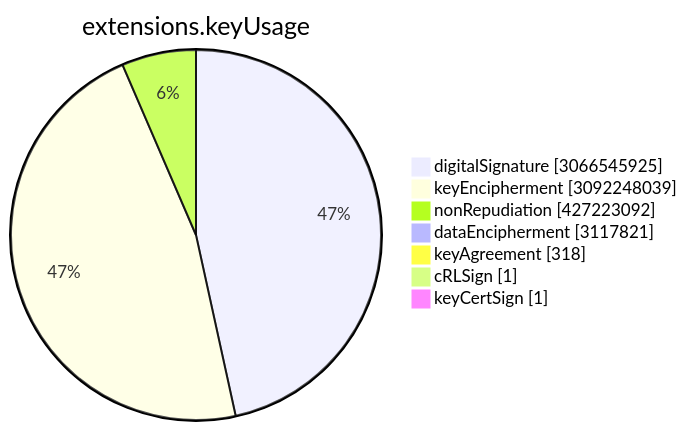
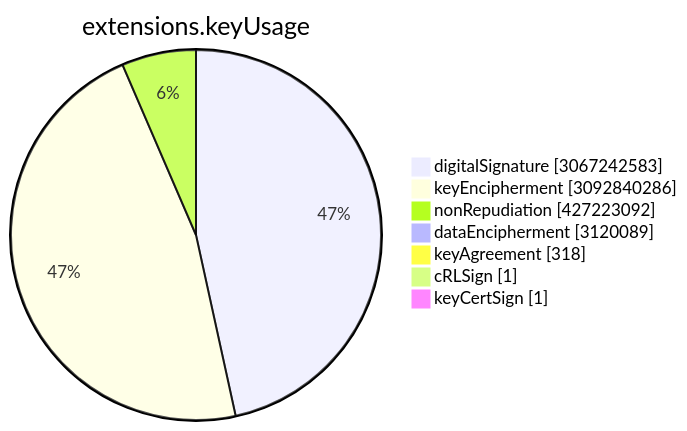
Before and after one commit to christiankrug/ctmonitor_visualization: the sixth of 15 diagrams in TOTAL/README.md, drawn with Mermaid. The commit also changed other lines of this file, not shown here.

````diff
--- a/TOTAL/README.md
+++ b/TOTAL/README.md
@@ -3075,11 +3075,11 @@
 ```mermaid
 pie showData
 title extensions.keyUsage
-"digitalSignature" :3066545925
-"keyEncipherment" :3092248039
+"digitalSignature" :3067242583
+"keyEncipherment" :3092840286
 "nonRepudiation" :427223092
-"dataEncipherment" :3117821
+"dataEncipherment" :3120089
 "keyAgreement" :318
 "cRLSign" :1
 "keyCertSign" :1
 ```
````
